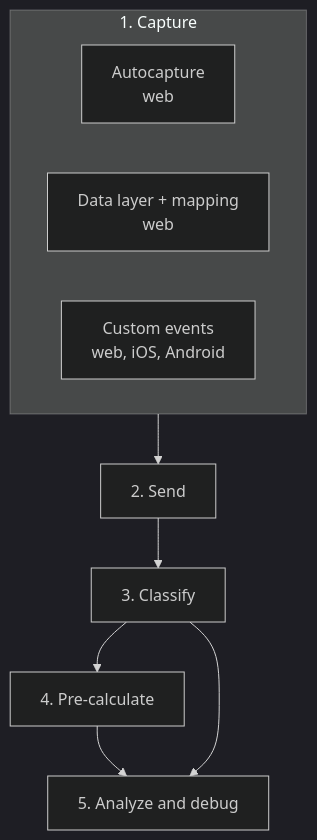
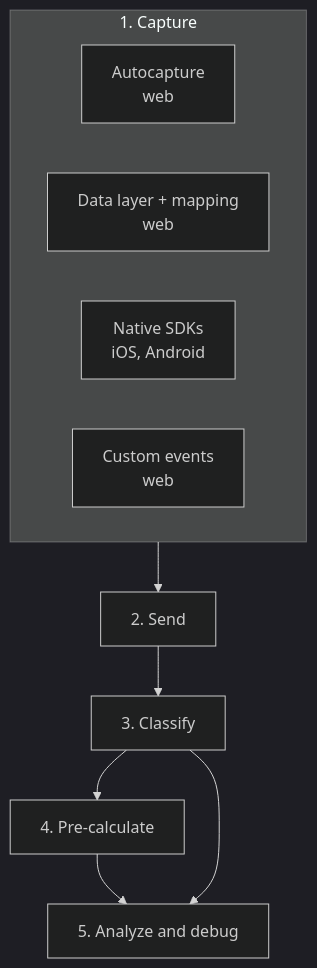
One commit to corbadotech/docs changed the diagram in corbado-observe/overview/how-it-works.mdx. Above: the diagram before and after it, drawn with Mermaid (dark theme). The commit also changed other lines of this file and 9 other files, not shown here.

First line of the commit message:
Observe docs: native apps are their own path, Autocapture Light through the native SDKs

````diff
--- a/corbado-observe/overview/how-it-works.mdx
+++ b/corbado-observe/overview/how-it-works.mdx
@@ -21,13 +21,14 @@
 ```mermaid
 flowchart TD
     subgraph capture["1. Capture"]
         A["Autocapture<br />web"]
         L["Data layer + mapping<br />web"]
-        C["Custom events<br />web, iOS, Android"]
+        N["Native SDKs<br />iOS, Android"]
+        C["Custom events<br />web"]
     end
     capture --> B["2. Send"]
     B --> D["3. Classify"]
     D --> E["4. Pre-calculate"]
     E --> F["5. Analyze and debug"]
     D --> F
 ```
````
